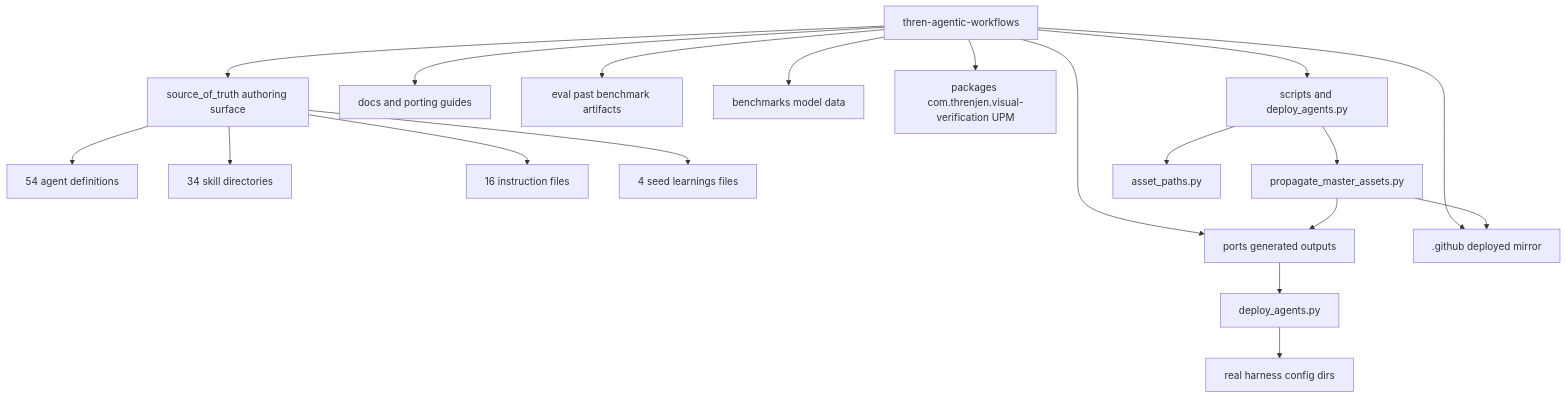
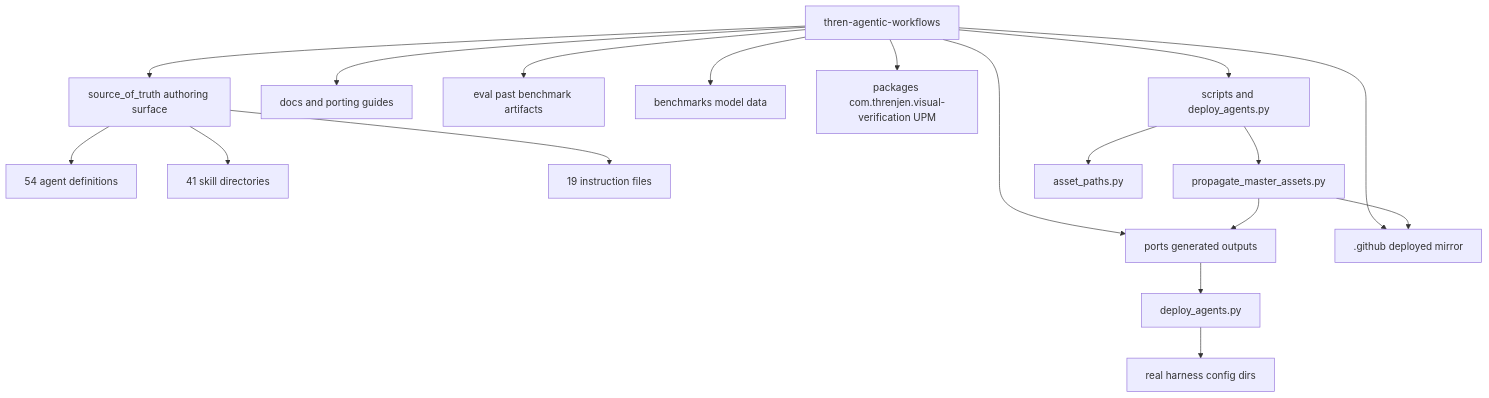
Before and after one commit to threnjen/thren-agentic-workflows: the first of 4 diagrams in docs/ARCHITECTURE.md, drawn with Mermaid. The commit also changed other lines of this file and 19 other files, not shown here.

````diff
--- a/docs/ARCHITECTURE.md
+++ b/docs/ARCHITECTURE.md
@@ -23,25 +23,24 @@
 ```mermaid
 flowchart TD
     Root[thren-agentic-workflows]
 
     Root --> SOT[source_of_truth authoring surface]
     Root --> Ports[ports generated outputs]
     Root --> DotGithub[.github deployed mirror]
     Root --> Docs[docs and porting guides]
     Root --> Eval[eval past benchmark artifacts]
     Root --> Bench[benchmarks model data]
     Root --> Pkg[packages com.threnjen.visual-verification UPM]
     Root --> Scripts[scripts and deploy_agents.py]
 
     SOT --> Agents[54 agent definitions]
-    SOT --> Skills[34 skill directories]
-    SOT --> Instructions[16 instruction files]
-    SOT --> Learnings[4 seed learnings files]
+    SOT --> Skills[41 skill directories]
+    SOT --> Instructions[19 instruction files]
 
     Scripts --> Propagate[propagate_master_assets.py]
     Scripts --> Shared[asset_paths.py]
     Propagate --> Ports
     Propagate --> DotGithub
     Deploy[deploy_agents.py] --> RealDirs[real harness config dirs]
     Ports --> Deploy
 ```
````
